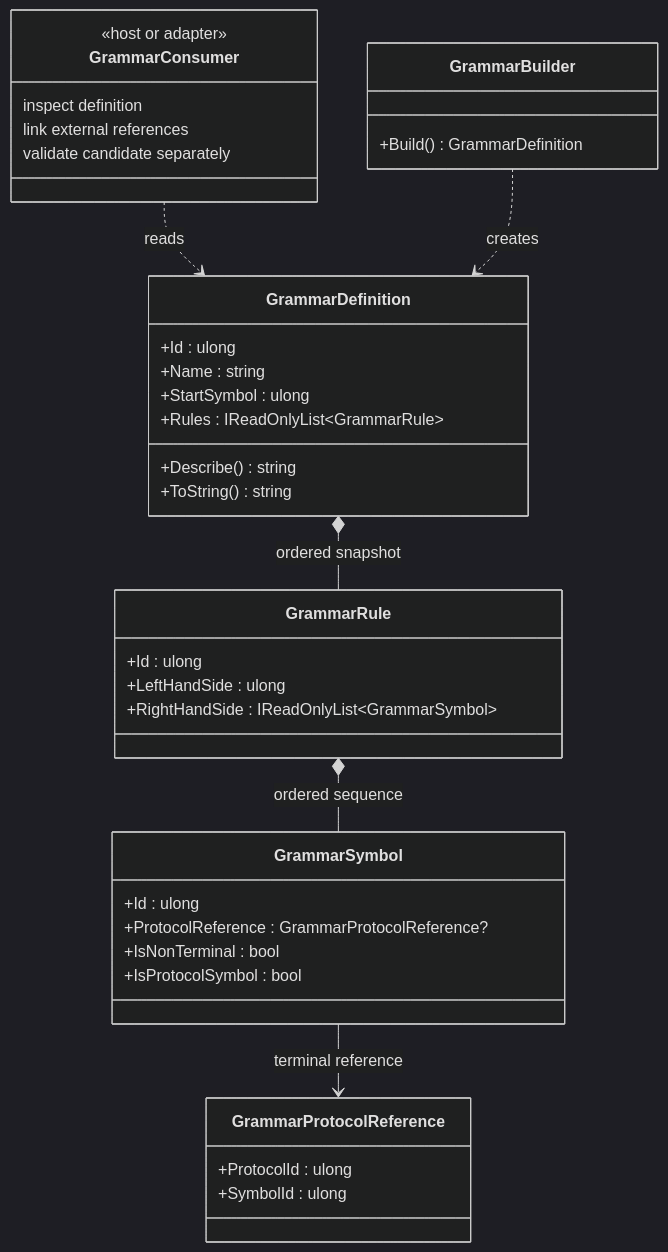
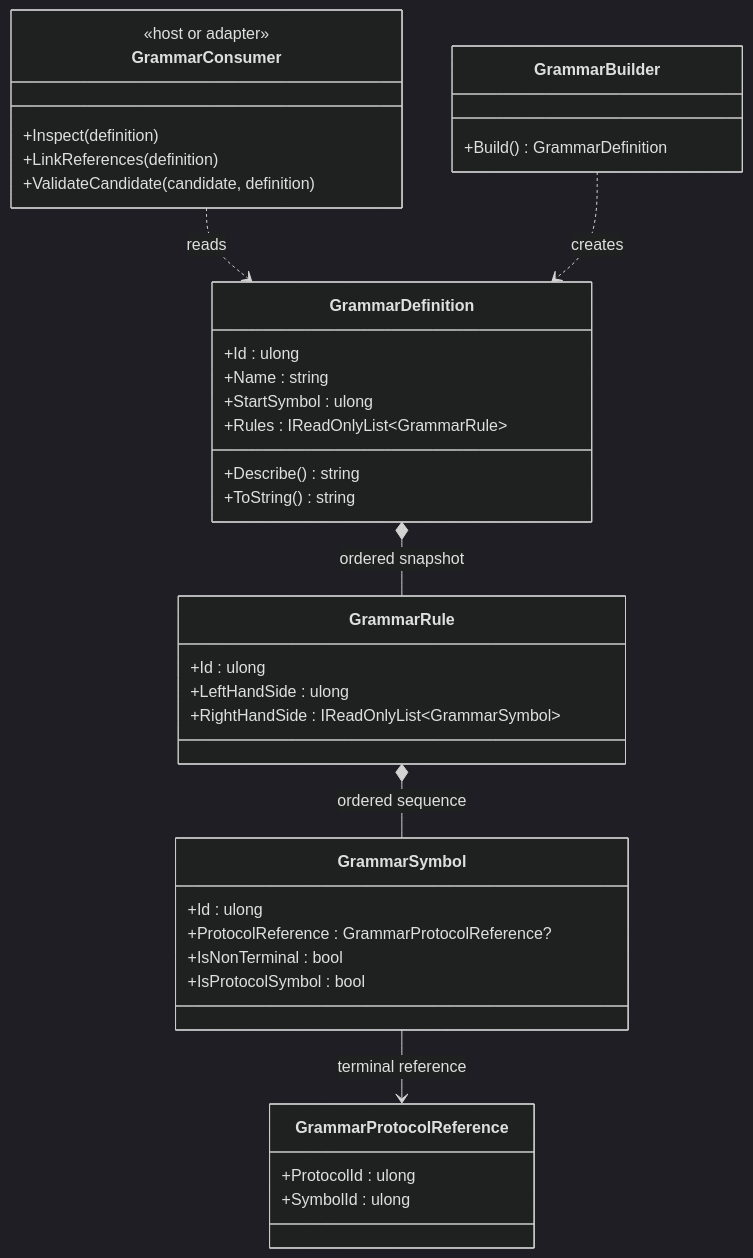
Before and after one commit to TrentBest/TheSingularityWorkshop.GrammarAi: the diagram in GrammarDefinitionUML.md, drawn with Mermaid (dark theme).

Commit message:
docs: normalize GrammarDefinition UML operations

````diff
--- a/GrammarDefinitionUML.md
+++ b/GrammarDefinitionUML.md
@@ -14,41 +14,41 @@
 ```mermaid
 classDiagram
     direction TB
     class GrammarConsumer {
       <<host or adapter>>
-      inspect definition
-      link external references
-      validate candidate separately
+      +Inspect(definition)
+      +LinkReferences(definition)
+      +ValidateCandidate(candidate, definition)
     }
     class GrammarBuilder {
       +Build() GrammarDefinition
     }
     class GrammarDefinition {
       +Id : ulong
       +Name : string
       +StartSymbol : ulong
       +Rules : IReadOnlyList~GrammarRule~
       +Describe() string
       +ToString() string
     }
     class GrammarRule {
       +Id : ulong
       +LeftHandSide : ulong
       +RightHandSide : IReadOnlyList~GrammarSymbol~
     }
     class GrammarSymbol {
       +Id : ulong
       +ProtocolReference : GrammarProtocolReference?
       +IsNonTerminal : bool
       +IsProtocolSymbol : bool
     }
     class GrammarProtocolReference {
       +ProtocolId : ulong
       +SymbolId : ulong
     }
     GrammarConsumer ..> GrammarDefinition : reads
     GrammarBuilder ..> GrammarDefinition : creates
     GrammarDefinition *-- GrammarRule : ordered snapshot
     GrammarRule *-- GrammarSymbol : ordered sequence
     GrammarSymbol --> GrammarProtocolReference : terminal reference
 ```
````
